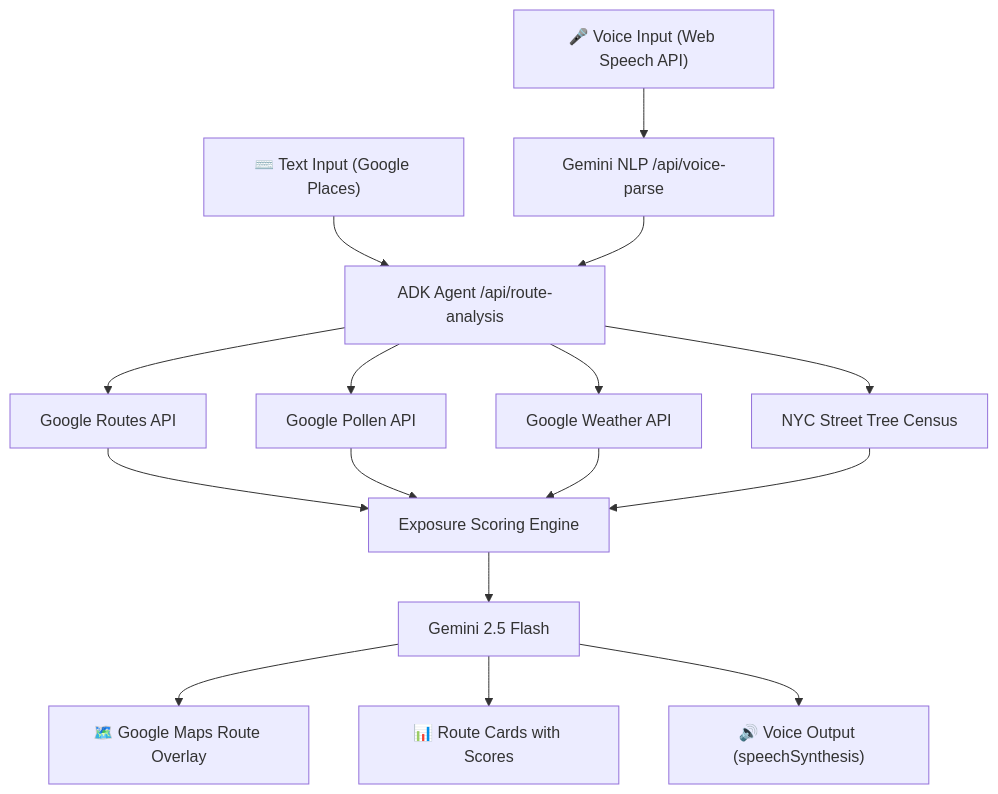
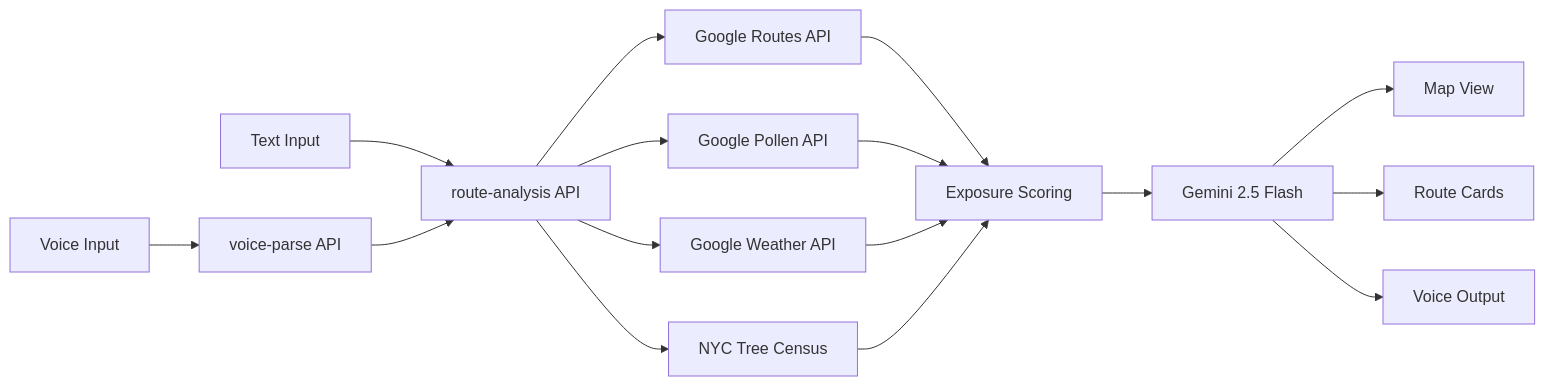
One commit to NBeibarys/Project-Treeroute changed the diagram in README.md. Above: the diagram before and after it, drawn with Mermaid.

Commit message:
Fix Mermaid: remove emojis and quotes from node labels

````diff
--- a/README.md
+++ b/README.md
@@ -52,23 +52,22 @@
 ```mermaid
-flowchart TD
-    MIC["🎤 Voice Input (Web Speech API)"] --> VP["Gemini NLP /api/voice-parse"]
-    TEXT["⌨️ Text Input (Google Places)"] --> RA
+flowchart LR
+    A[Voice Input] --> B[voice-parse API]
+    C[Text Input] --> D[route-analysis API]
+    B --> D
 
-    VP --> RA["ADK Agent /api/route-analysis"]
+    D --> E[Google Routes API]
+    D --> F[Google Pollen API]
+    D --> G[Google Weather API]
+    D --> H[NYC Tree Census]
 
-    RA --> ROUTES["Google Routes API"]
-    RA --> POLLEN["Google Pollen API"]
-    RA --> WEATHER["Google Weather API"]
-    RA --> TREE["NYC Street Tree Census"]
+    E --> I[Exposure Scoring]
+    F --> I
+    G --> I
+    H --> I
 
-    ROUTES --> SCORE["Exposure Scoring Engine"]
-    POLLEN --> SCORE
-    WEATHER --> SCORE
-    TREE --> SCORE
+    I --> J[Gemini 2.5 Flash]
 
-    SCORE --> GEMINI["Gemini 2.5 Flash"]
-
-    GEMINI --> MAP["🗺️ Google Maps Route Overlay"]
-    GEMINI --> CARDS["📊 Route Cards with Scores"]
-    GEMINI --> TTS["🔊 Voice Output (speechSynthesis)"]
+    J --> K[Map View]
+    J --> L[Route Cards]
+    J --> M[Voice Output]
 ```
````
